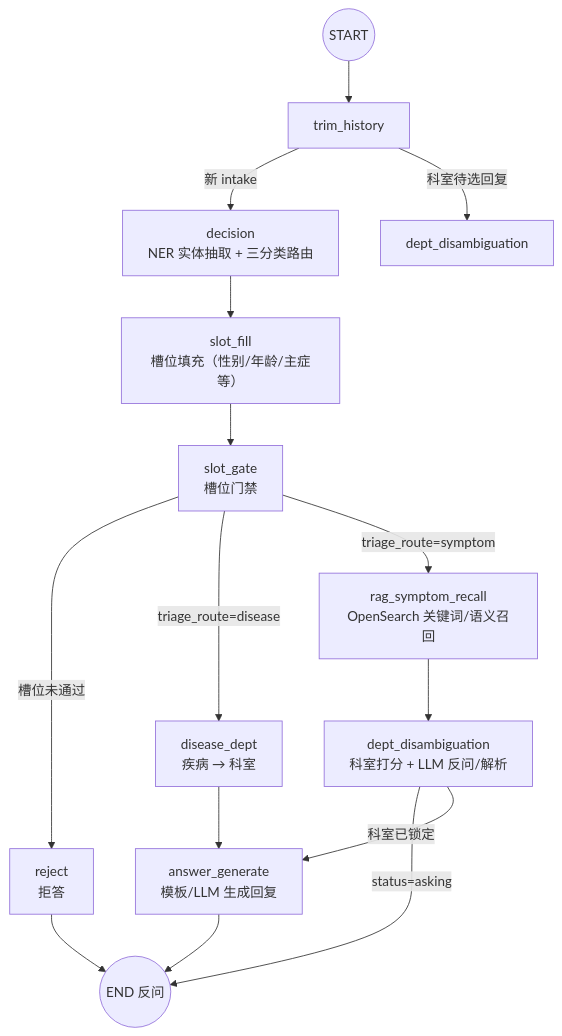
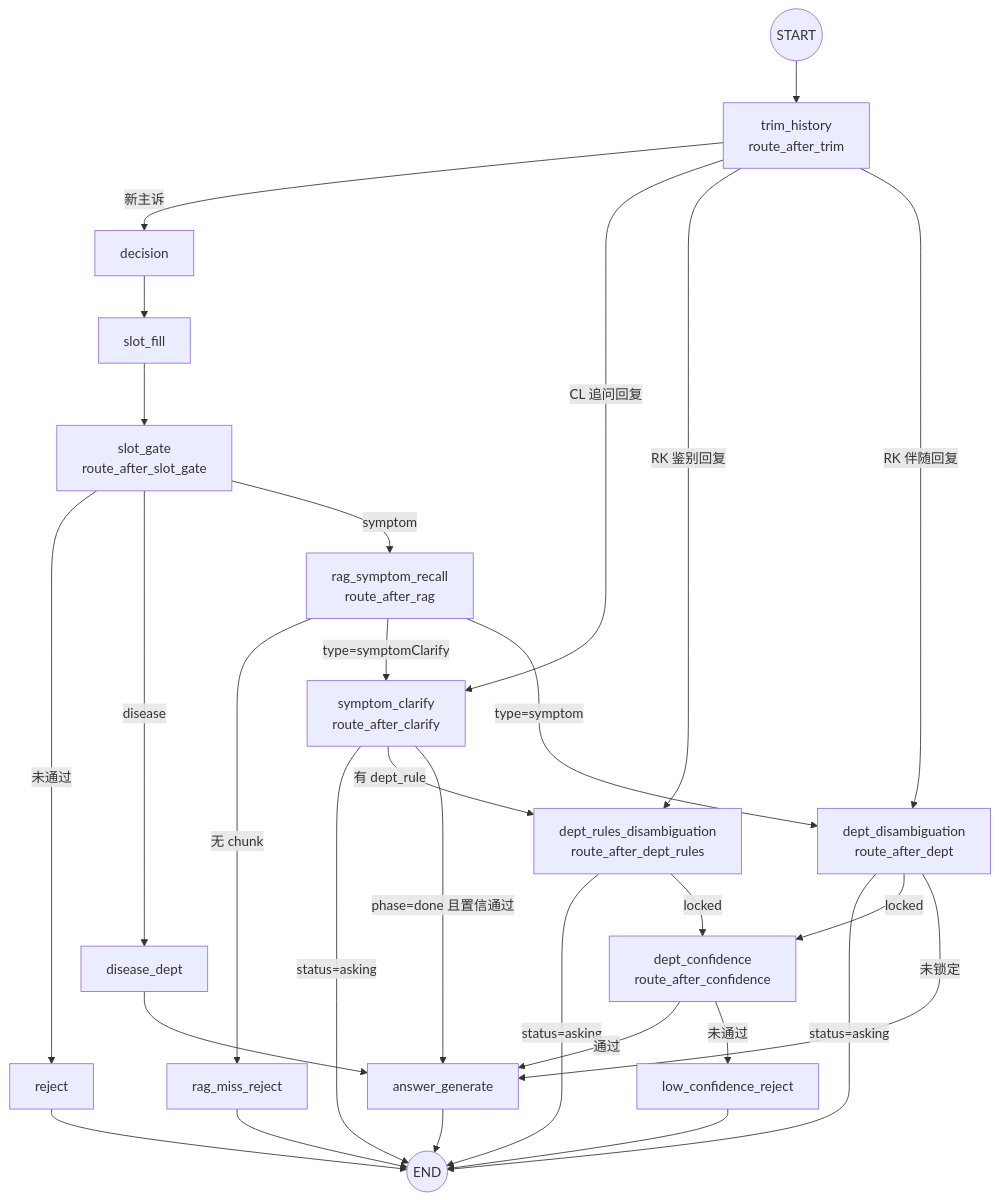
Before and after one commit to lobokiol/InitialArchitectureForMedicalAgent1: the second of 2 diagrams in README.md, drawn with Mermaid. The commit also changed other lines of this file and 71 other files, not shown here.

````diff
--- a/README.md
+++ b/README.md
@@ -128,31 +142,47 @@
 ```mermaid
 flowchart TD
-    START((START)) --> trim_history
+    START((START)) --> trim
 
-    trim_history -->|新 intake| decision
-    trim_history -->|科室待选回复| dept_disambiguation
-
-    decision["decision<br/>NER 实体抽取 + 三分类路由"]
-    slot_fill["slot_fill<br/>槽位填充（性别/年龄/主症等）"]
-    slot_gate["slot_gate<br/>槽位门禁"]
-    disease_dept["disease_dept<br/>疾病 → 科室"]
-    rag["rag_symptom_recall<br/>OpenSearch 关键词/语义召回"]
-    dept["dept_disambiguation<br/>科室打分 + LLM 反问/解析"]
-    answer["answer_generate<br/>模板/LLM 生成回复"]
-    reject["reject<br/>拒答"]
+    trim["trim_history<br/>route_after_trim"]
+    trim -->|新主诉| decision
+    trim -->|CL 追问回复| clarify
+    trim -->|RK 鉴别回复| rules
+    trim -->|RK 伴随回复| dept
 
     decision --> slot_fill --> slot_gate
 
-    slot_gate -->|槽位未通过| reject
-    slot_gate -->|triage_route=disease| disease_dept
-    slot_gate -->|triage_route=symptom| rag
+    slot_gate["slot_gate<br/>route_after_slot_gate"]
+    slot_gate -->|未通过| reject
+    slot_gate -->|disease| disease_dept
+    slot_gate -->|symptom| rag
 
-    disease_dept --> answer
-    rag --> dept
+    disease_dept --> answer["answer_generate"]
 
-    dept -->|status=asking| END((END 反问))
-    dept -->|科室已锁定| answer
+    rag["rag_symptom_recall<br/>route_after_rag"]
+    rag -->|无 chunk| rag_miss["rag_miss_reject"]
+    rag -->|type=symptomClarify| clarify
+    rag -->|type=symptom| dept
+
+    clarify["symptom_clarify<br/>route_after_clarify"]
+    clarify -->|status=asking| END((END))
+    clarify -->|有 dept_rule| rules
+    clarify -->|phase=done 且置信通过| answer
+
+    rules["dept_rules_disambiguation<br/>route_after_dept_rules"]
+    rules -->|status=asking| END
+    rules -->|locked| conf
+
+    dept["dept_disambiguation<br/>route_after_dept"]
+    dept -->|status=asking| END
+    dept -->|locked| conf
+    dept -->|未锁定| answer
+
+    conf["dept_confidence<br/>route_after_confidence"]
+    conf -->|通过| answer
+    conf -->|未通过| low["low_confidence_reject"]
 
     reject --> END
+    rag_miss --> END
+    low --> END
     answer --> END
 ```
````
